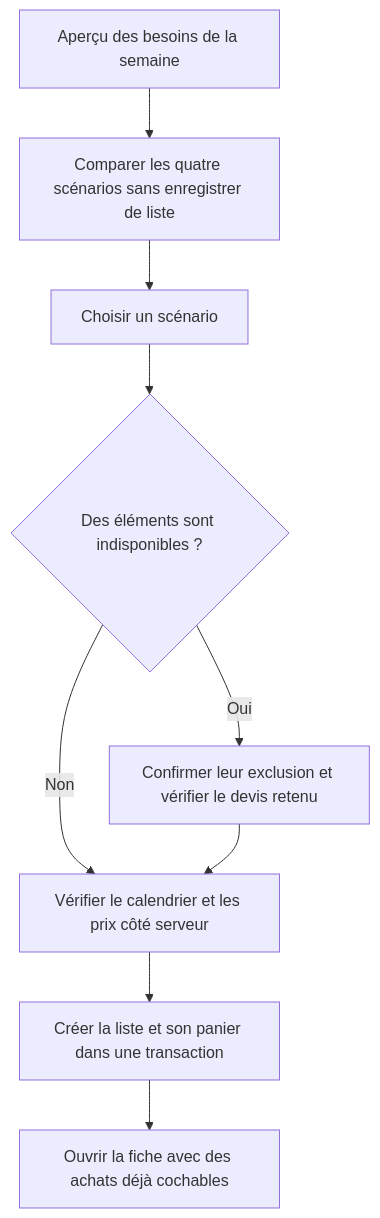
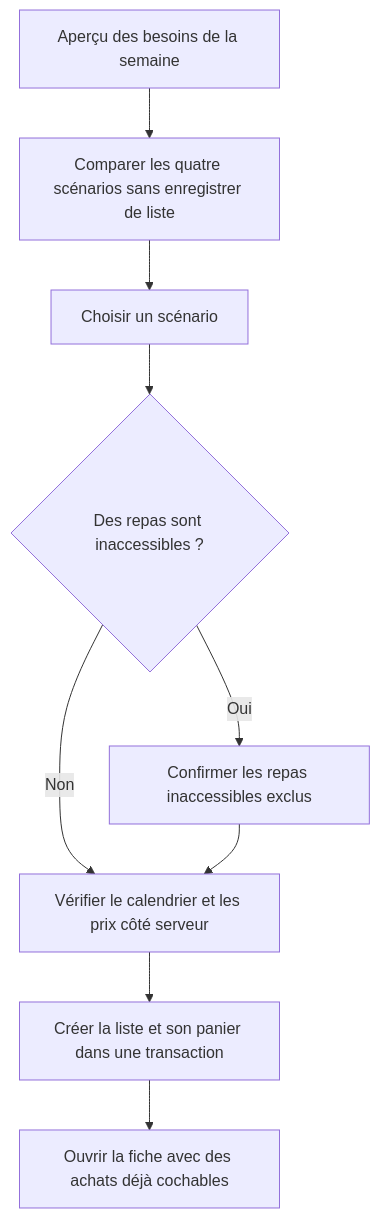
Diagram 17 of 27 in README-fonctionnement.md (EnzoT454/OptiMeal), drawn with Mermaid before and after one commit. The commit also changed other lines of this file and 14 other files, not shown here.

````diff
--- a/README-fonctionnement.md
+++ b/README-fonctionnement.md
@@ -848,11 +848,11 @@
 ```mermaid
 flowchart TD
     A[Aperçu des besoins de la semaine] --> P[Comparer les quatre scénarios sans enregistrer de liste]
     P --> S[Choisir un scénario]
-    S --> E{Des éléments sont indisponibles ?}
-    E -->|Oui| C[Confirmer leur exclusion et vérifier le devis retenu]
+    S --> E{Des repas sont inaccessibles ?}
+    E -->|Oui| C[Confirmer les repas inaccessibles exclus]
     E -->|Non| V[Vérifier le calendrier et les prix côté serveur]
     C --> V
     V --> L[Créer la liste et son panier dans une transaction]
     L --> O[Ouvrir la fiche avec des achats déjà cochables]
 ```
````
